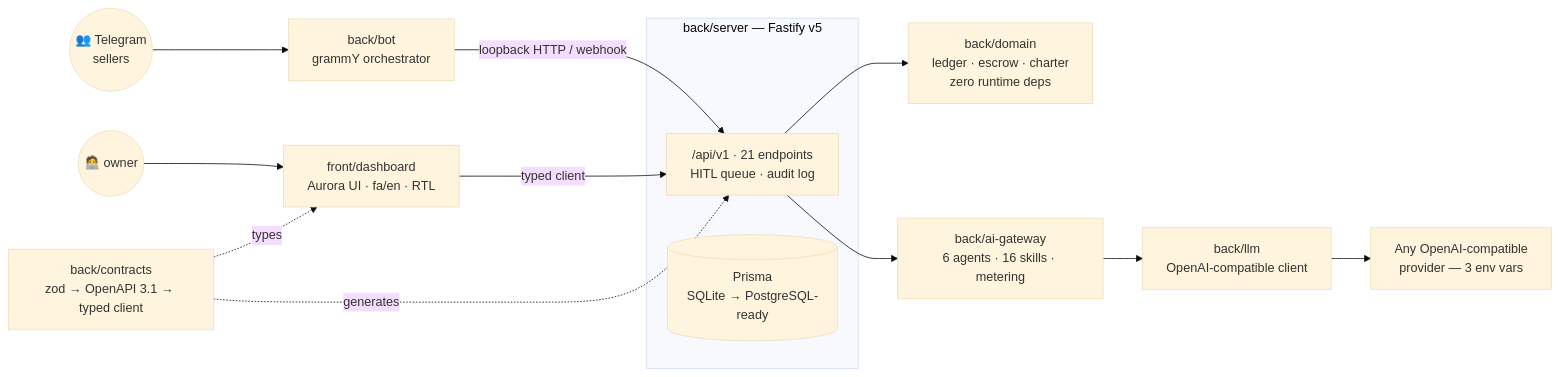
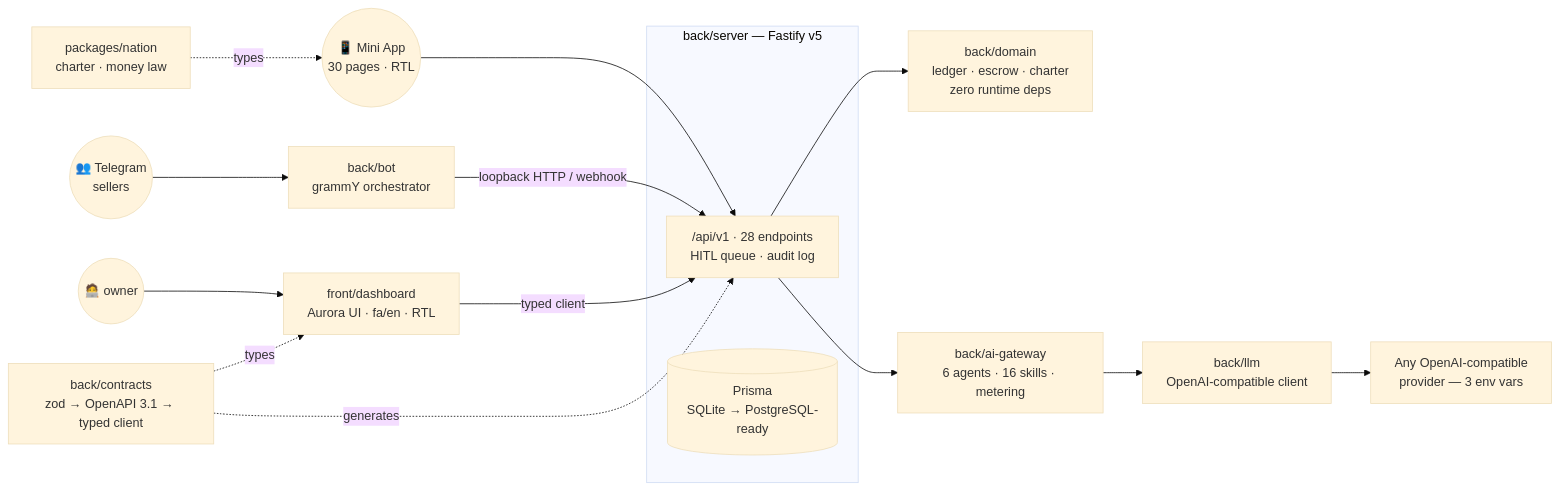
The diagram in README.md (KiaAgentX/Agent-One), drawn with Mermaid (base theme) before and after one commit. The commit also changed other lines of this file and 1 other file, not shown here.

First line of the commit message:
docs(readme): sync to v4.3.0 — 273 tests, 9 packages, Agent-One, webhook deploy

````diff
--- a/README.md
+++ b/README.md
@@ -44,21 +45,23 @@
 ```mermaid
 flowchart LR
     U(("👥 Telegram<br/>sellers")) --> BOT["back/bot<br/>grammY orchestrator"]
+    M(("📱 Mini App<br/>30 pages · RTL")) --> API
     O(("🧑‍💻 owner")) --> DASH["front/dashboard<br/>Aurora UI · fa/en · RTL"]
 
-    BOT -- loopback HTTP / webhook --> API
+    BOT -- "loopback HTTP / webhook" --> API
     DASH -- typed client --> API
 
     subgraph SERVER ["back/server — Fastify v5"]
-        API["/api/v1 · 21 endpoints<br/>HITL queue · audit log"]
+        API["/api/v1 · 28 endpoints<br/>HITL queue · audit log"]
         DB[("Prisma<br/>SQLite → PostgreSQL-ready")]
     end
 
     API --> DOM["back/domain<br/>ledger · escrow · charter<br/>zero runtime deps"]
     API --> GW["back/ai-gateway<br/>6 agents · 16 skills · metering"]
     GW --> LLM["back/llm<br/>OpenAI-compatible client"]
     LLM --> EXT["Any OpenAI-compatible<br/>provider — 3 env vars"]
 
+    NAT["packages/nation<br/>charter · money law"] -. types .-> M
     CON["back/contracts<br/>zod → OpenAPI 3.1 → typed client"] -. generates .-> API
     CON -. types .-> DASH
 ```
````
